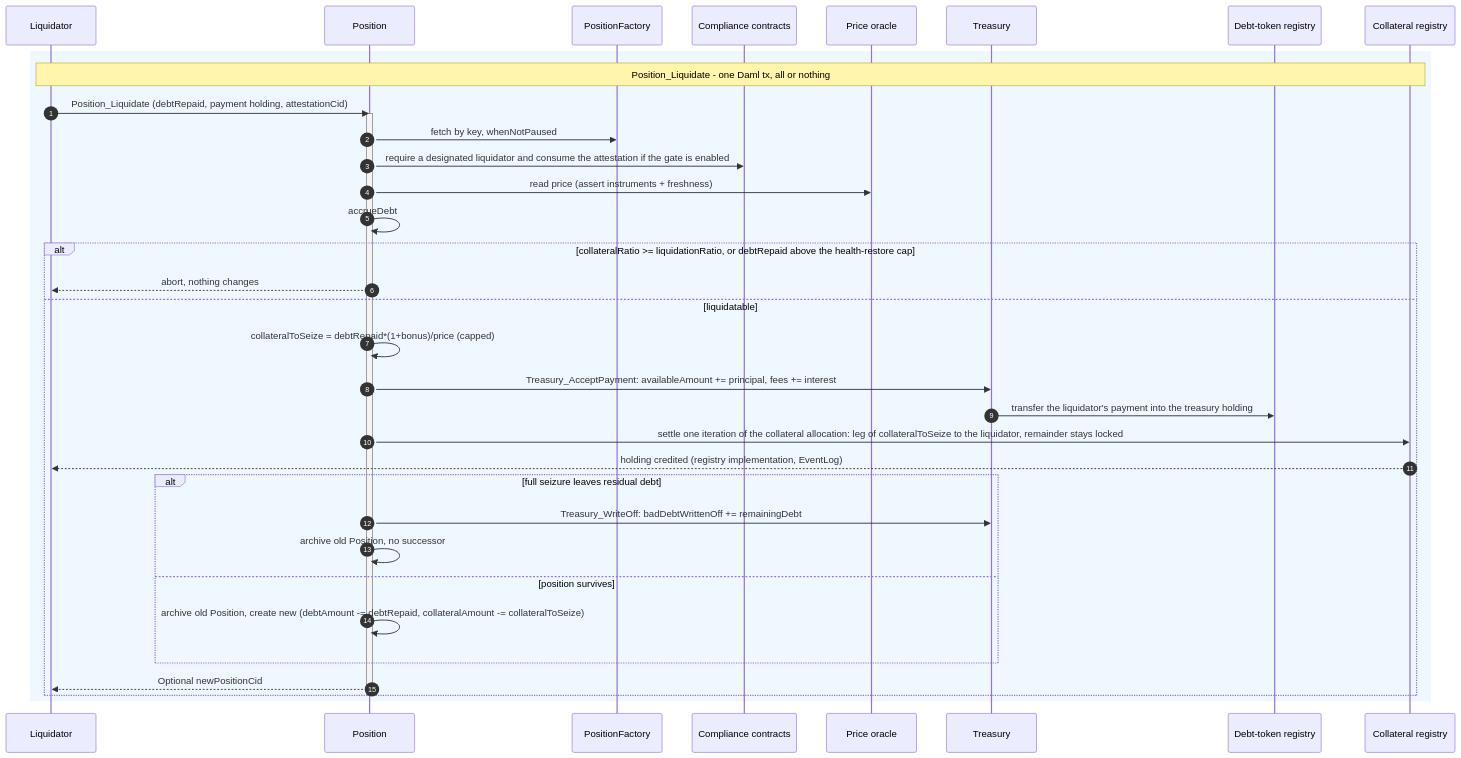
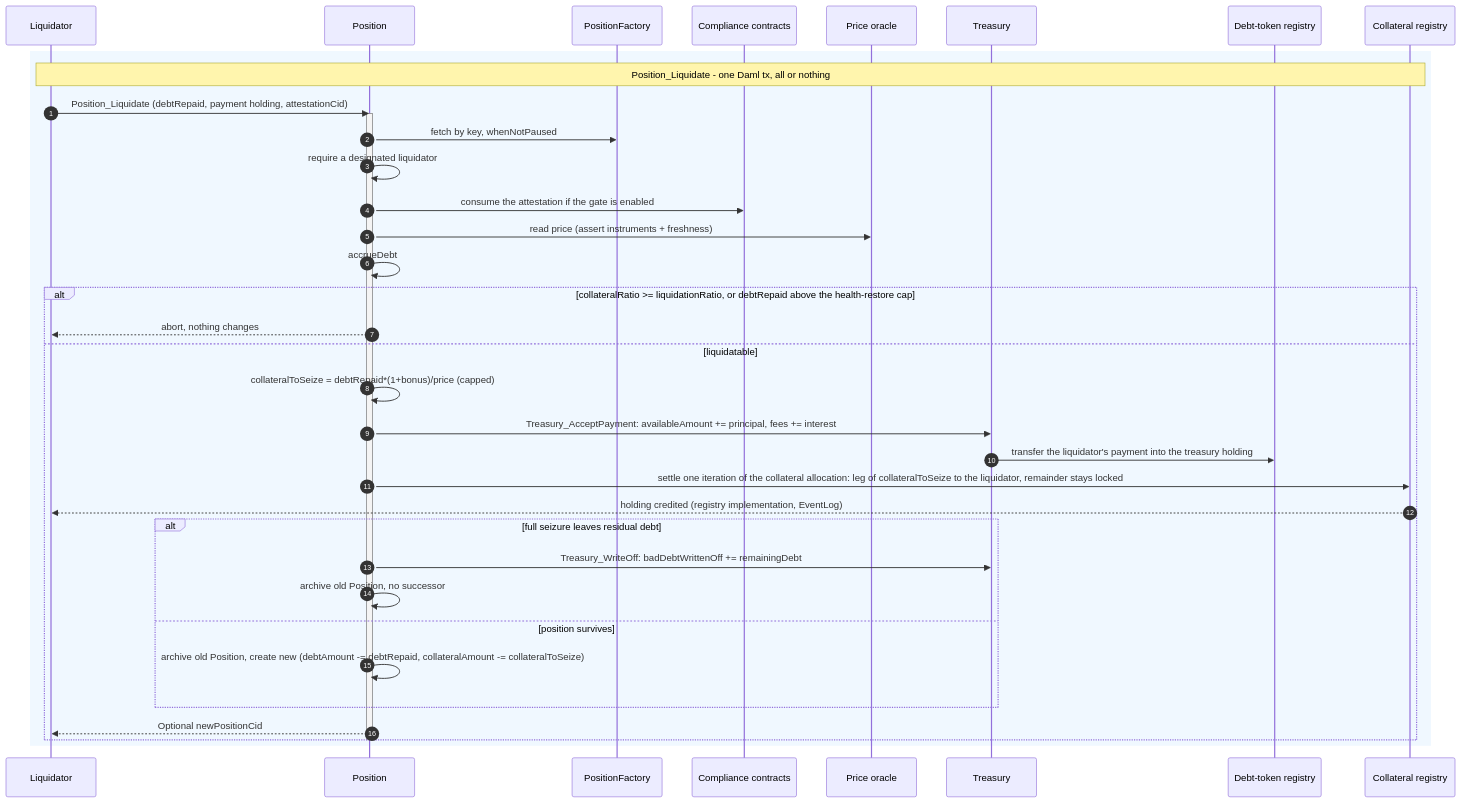
Before and after one commit to OpenZeppelin/canton-specs: the ninth of 9 diagrams in docs/reference-architectures/lending.md, drawn with Mermaid. The commit also changed other lines of this file, not shown here.

````diff
--- a/docs/reference-architectures/lending.md
+++ b/docs/reference-architectures/lending.md
@@ -479,39 +471,40 @@
 ```mermaid
 sequenceDiagram
     autonumber
     participant L as Liquidator
     participant P as Position
     participant F as PositionFactory
     participant C as Compliance contracts
     participant O as Price oracle
     participant T as Treasury
     participant RD as Debt-token registry
     participant RC as Collateral registry
 
     rect rgb(240, 248, 255)
     Note over L, RC: Position_Liquidate - one Daml tx, all or nothing
     L->>P: Position_Liquidate (debtRepaid, payment holding, attestationCid)
     activate P
     P->>F: fetch by key, whenNotPaused
-    P->>C: require a designated liquidator and consume the attestation if the gate is enabled
+    P->>P: require a designated liquidator
+    P->>C: consume the attestation if the gate is enabled
     P->>O: read price (assert instruments + freshness)
     P->>P: accrueDebt
     alt collateralRatio >= liquidationRatio, or debtRepaid above the health-restore cap
         P-->>L: abort, nothing changes
     else liquidatable
         P->>P: collateralToSeize = debtRepaid*(1+bonus)/price (capped)
         P->>T: Treasury_AcceptPayment: availableAmount += principal, fees += interest
         T->>RD: transfer the liquidator's payment into the treasury holding
         P->>RC: settle one iteration of the collateral allocation: leg of collateralToSeize to the liquidator, remainder stays locked
         RC-->>L: holding credited (registry implementation, EventLog)
         alt full seizure leaves residual debt
             P->>T: Treasury_WriteOff: badDebtWrittenOff += remainingDebt
             P->>P: archive old Position, no successor
         else position survives
             P->>P: archive old Position, create new (debtAmount -= debtRepaid, collateralAmount -= collateralToSeize)
         end
         P-->>L: Optional newPositionCid
     end
     deactivate P
     end
 ```
````
